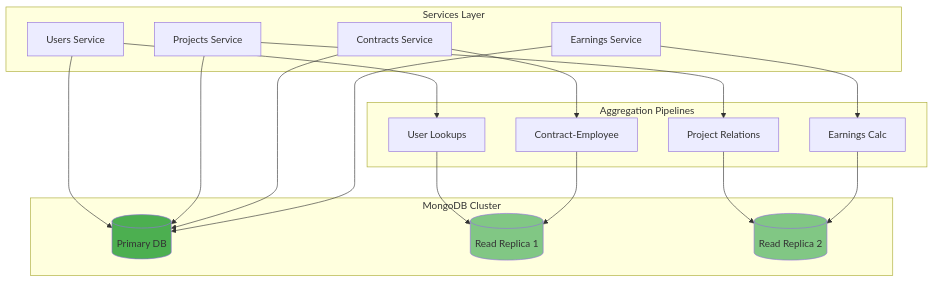
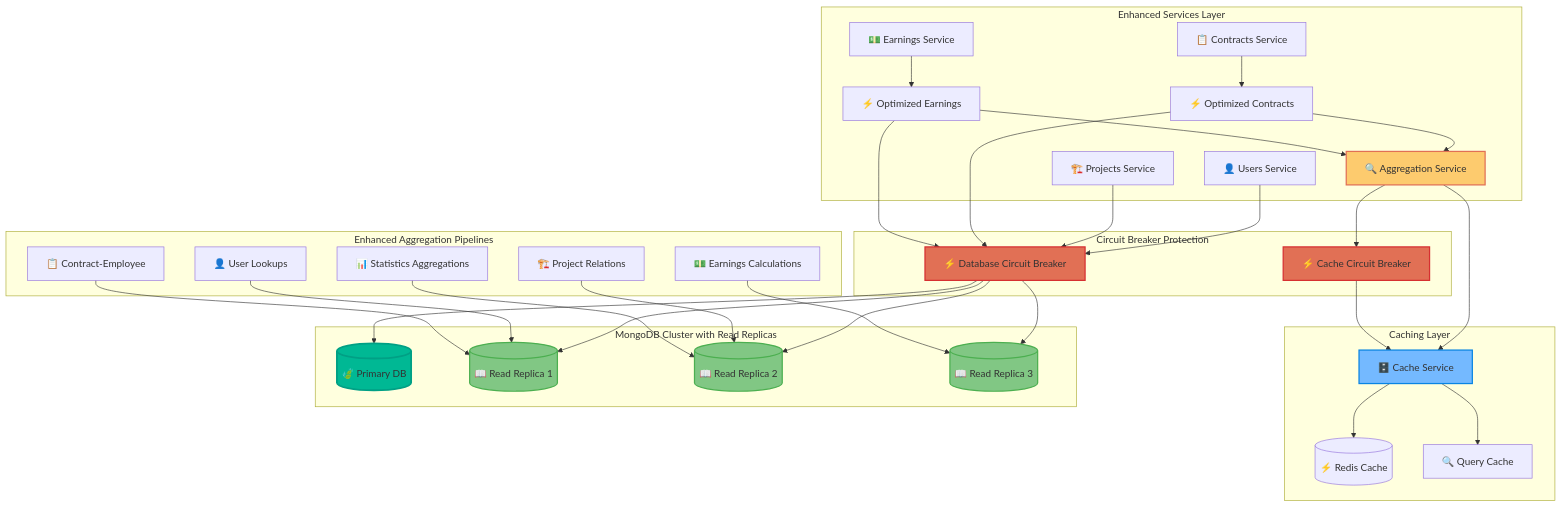
The second of 3 diagrams in README.md (abdoElHodaky/Nestcms), drawn with Mermaid before and after one commit. The commit also changed other lines of this file and 2 other files, not shown here.

````diff
--- a/README.md
+++ b/README.md
@@ -397,41 +417,79 @@
 ```mermaid
 graph TB
-    subgraph "Services Layer"
-        US[Users Service]
-        PS[Projects Service]
-        CS[Contracts Service]
-        ES[Earnings Service]
+    subgraph "Enhanced Services Layer"
+        US[👤 Users Service]
+        PS[🏗️ Projects Service]
+        CS[📋 Contracts Service]
+        ES[💵 Earnings Service]
+        OCS[⚡ Optimized Contracts]
+        OES[⚡ Optimized Earnings]
+        AS[🔍 Aggregation Service]
     end
     
-    subgraph "Aggregation Pipelines"
-        UL[User Lookups]
-        PL[Project Relations]
-        CL[Contract-Employee]
-        EL[Earnings Calc]
+    subgraph "Circuit Breaker Protection"
+        DBCB[⚡ Database Circuit Breaker]
+        CacheCB[⚡ Cache Circuit Breaker]
     end
     
-    subgraph "MongoDB Cluster"
-        Primary[(Primary DB)]
-        Replica1[(Read Replica 1)]
-        Replica2[(Read Replica 2)]
+    subgraph "Caching Layer"
+        CacheService[🗄️ Cache Service]
+        Redis[(⚡ Redis Cache)]
+        QueryCache[🔍 Query Cache]
     end
     
-    US --> UL
-    PS --> PL
-    CS --> CL
-    ES --> EL
+    subgraph "Enhanced Aggregation Pipelines"
+        UL[👤 User Lookups]
+        PL[🏗️ Project Relations]
+        CL[📋 Contract-Employee]
+        EL[💵 Earnings Calculations]
+        SL[📊 Statistics Aggregations]
+    end
     
+    subgraph "MongoDB Cluster with Read Replicas"
+        Primary[(🍃 Primary DB)]
+        Replica1[(📖 Read Replica 1)]
+        Replica2[(📖 Read Replica 2)]
+        Replica3[(📖 Read Replica 3)]
+    end
+    
+    %% Enhanced Service Flow
+    CS --> OCS
+    ES --> OES
+    OCS --> AS
+    OES --> AS
+    AS --> CacheService
+    
+    %% Circuit Breaker Integration
+    US --> DBCB
+    PS --> DBCB
+    OCS --> DBCB
+    OES --> DBCB
+    AS --> CacheCB
+    
+    %% Caching Flow
+    CacheCB --> CacheService
+    CacheService --> Redis
+    CacheService --> QueryCache
+    
+    %% Database Flow
+    DBCB --> Primary
+    DBCB --> Replica1
+    DBCB --> Replica2
+    DBCB --> Replica3
+    
+    %% Aggregation Pipeline Distribution
     UL --> Replica1
     PL --> Replica2
     CL --> Replica1
-    EL --> Replica2
+    EL --> Replica3
+    SL --> Replica2
     
-    US --> Primary
-    PS --> Primary
-    CS --> Primary
-    ES --> Primary
-    
-    style Primary fill:#4caf50
-    style Replica1 fill:#81c784
-    style Replica2 fill:#81c784
+    style Primary fill:#00b894,stroke:#00a085,stroke-width:3px
+    style Replica1 fill:#81c784,stroke:#4caf50,stroke-width:2px
+    style Replica2 fill:#81c784,stroke:#4caf50,stroke-width:2px
+    style Replica3 fill:#81c784,stroke:#4caf50,stroke-width:2px
+    style DBCB fill:#e17055,stroke:#d63031,stroke-width:2px
+    style CacheCB fill:#e17055,stroke:#d63031,stroke-width:2px
+    style AS fill:#fdcb6e,stroke:#e17055,stroke-width:2px
+    style CacheService fill:#74b9ff,stroke:#0984e3,stroke-width:2px
 ```
````
